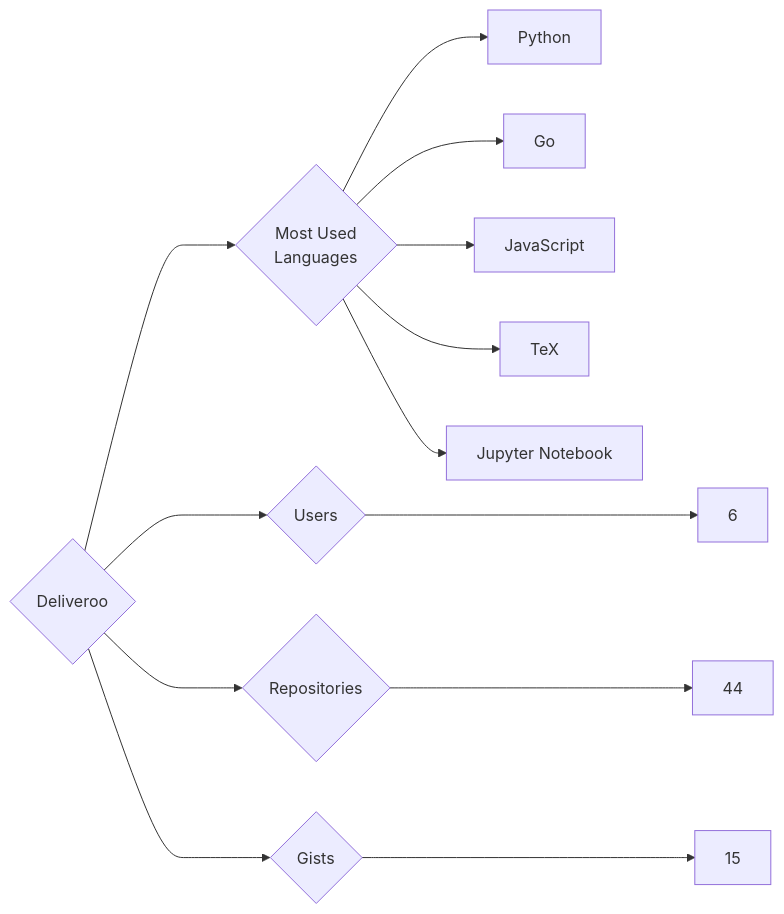
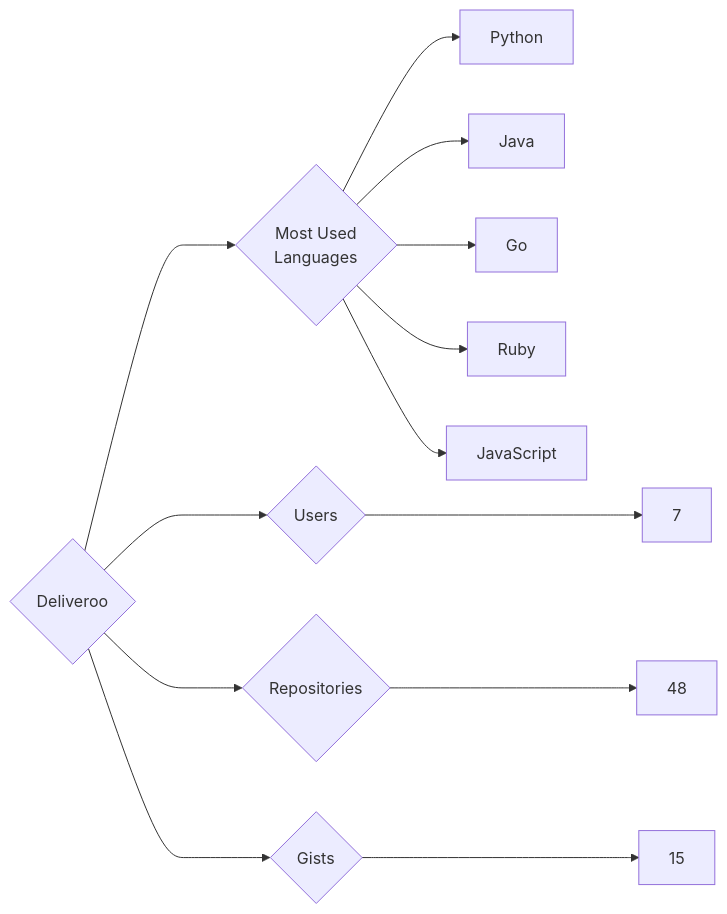
The diagram in targets/Deliveroo/README.md (trickest/insiders), drawn with Mermaid before and after one commit. The commit also changed 1078 other files, not shown here.

````diff
--- a/targets/Deliveroo/README.md
+++ b/targets/Deliveroo/README.md
@@ -3,13 +3,13 @@
 ```mermaid
 graph LR
 COMPANY_NAME{Deliveroo}
-COMPANY_NAME ---> U{Users} ---> UN[6]
-COMPANY_NAME ---> R{Repositories} ---> RN[44]
+COMPANY_NAME ---> U{Users} ---> UN[7]
+COMPANY_NAME ---> R{Repositories} ---> RN[48]
 COMPANY_NAME ---> G{Gists} ---> GN[15]
 COMPANY_NAME ---> ML{Most Used<br>Languages}
 ML --> Python[Python]
+ML --> Java[Java]
 ML --> Go[Go]
+ML --> Ruby[Ruby]
 ML --> JavaScript[JavaScript]
-ML --> TeX[TeX]
-ML --> Jupyter_Notebook[Jupyter Notebook]
 ```
````
